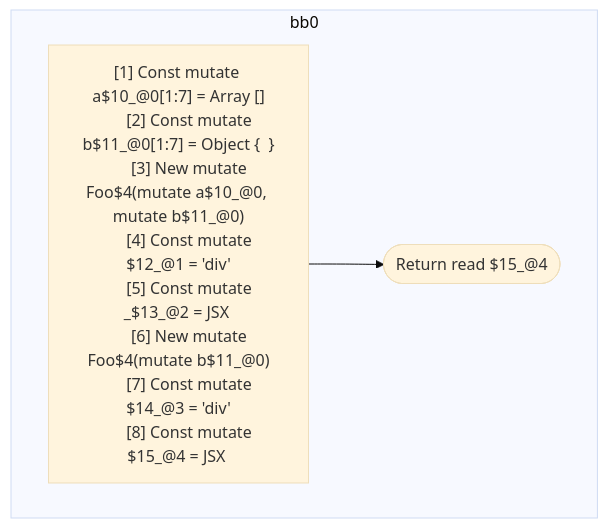
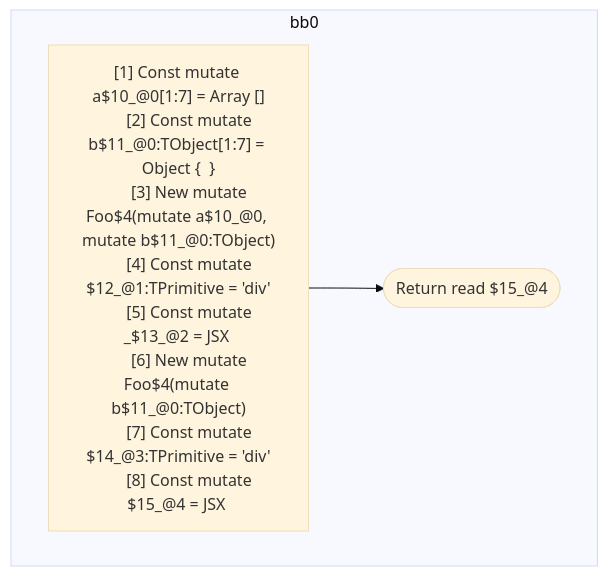
One commit to wutsmog/private changed the second of 2 diagrams in compiler/forget/src/__tests__/fixtures/hir/constructor.expect.md. Above: the diagram before and after it, drawn with Mermaid (base theme). The commit also changed other lines of this file and 112 other files, not shown here.

````diff
--- a/compiler/forget/src/__tests__/fixtures/hir/constructor.expect.md
+++ b/compiler/forget/src/__tests__/fixtures/hir/constructor.expect.md
@@ -103,20 +103,20 @@
 ```mermaid
 flowchart TB
   %% Basic Blocks
   subgraph bb0
     bb0_instrs["
       [1] Const mutate a$10_@0[1:7] = Array []
-      [2] Const mutate b$11_@0[1:7] = Object {  }
-      [3] New mutate Foo$4(mutate a$10_@0, mutate b$11_@0)
-      [4] Const mutate $12_@1 = 'div'
-      [5] Const mutate _$13_@2 = JSX <read $12_@1 a={freeze a$10_@0} ></read $12_@1>
-      [6] New mutate Foo$4(mutate b$11_@0)
-      [7] Const mutate $14_@3 = 'div'
-      [8] Const mutate $15_@4 = JSX <read $14_@3 a={read a$10_@0} b={freeze b$11_@0} ></read $14_@3>
+      [2] Const mutate b$11_@0:TObject[1:7] = Object {  }
+      [3] New mutate Foo$4(mutate a$10_@0, mutate b$11_@0:TObject)
+      [4] Const mutate $12_@1:TPrimitive = 'div'
+      [5] Const mutate _$13_@2 = JSX <read $12_@1:TPrimitive a={freeze a$10_@0} ></read $12_@1:TPrimitive>
+      [6] New mutate Foo$4(mutate b$11_@0:TObject)
+      [7] Const mutate $14_@3:TPrimitive = 'div'
+      [8] Const mutate $15_@4 = JSX <read $14_@3:TPrimitive a={read a$10_@0} b={freeze b$11_@0:TObject} ></read $14_@3:TPrimitive>
     "]
     bb0_instrs --> bb0_terminal(["Return read $15_@4"])
   end
 
   %% Jumps
   %% empty
 ```
````
